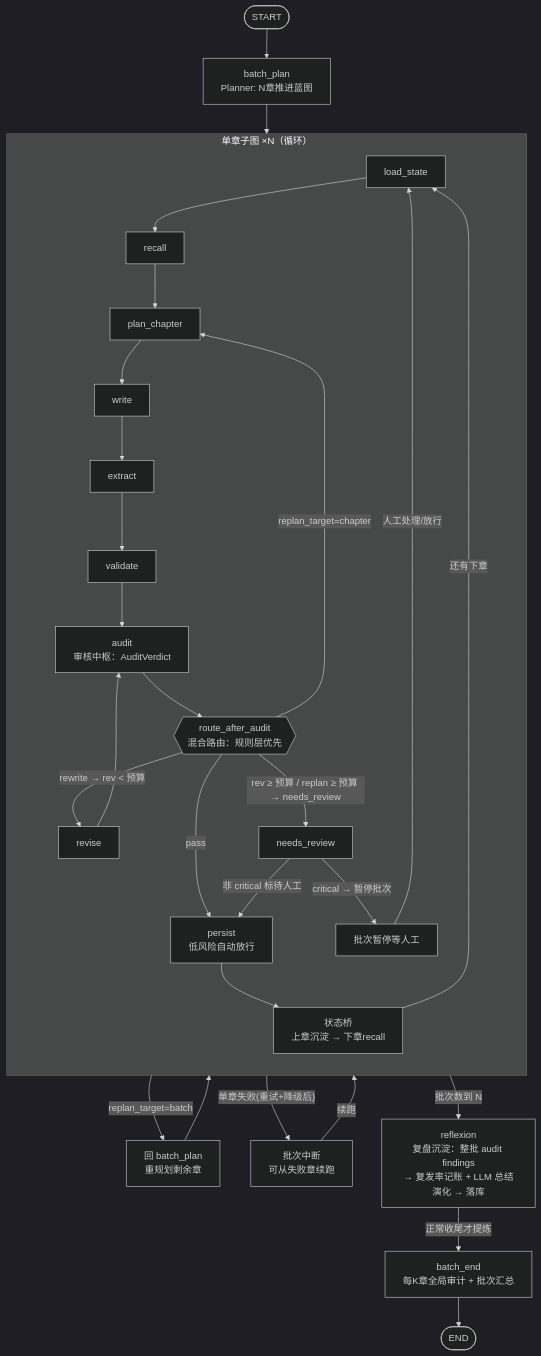
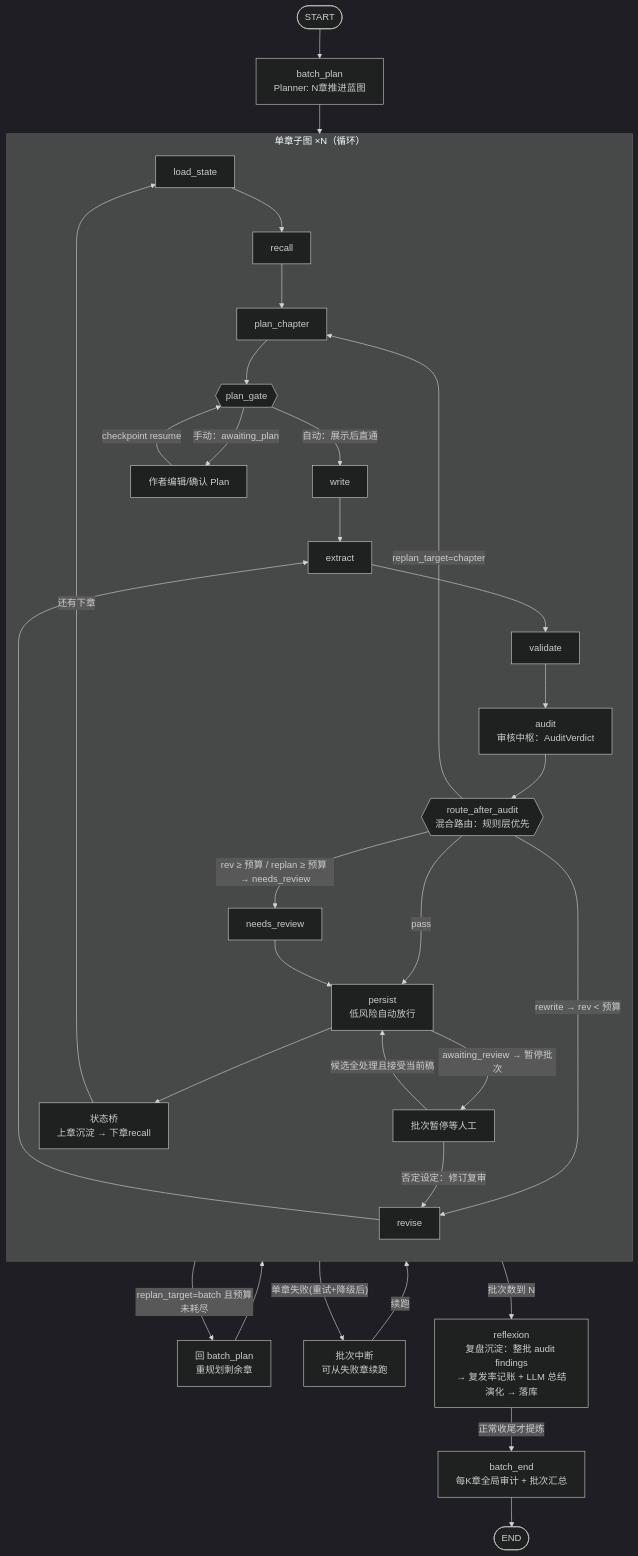
One commit to frostloom/Myink changed the diagram in spec/state-flow.mmd. Above: the diagram before and after it, drawn with Mermaid (dark theme). The commit also changed 151 other files, not shown here.

```diff
--- a/spec/state-flow.mmd
+++ b/spec/state-flow.mmd
@@ -1,31 +1,35 @@
 flowchart TD
     START([START]) --> BP[batch_plan<br/>Planner: N章推进蓝图]
     BP --> LS[load_state]
 
     subgraph CHAP["单章子图 ×N（循环）"]
         direction TB
         LS --> RC[recall]
         RC --> PC[plan_chapter]
-        PC --> W[write]
+        PC --> PG{{plan_gate}}
+        PG -- "自动：展示后直通" --> W[write]
+        PG -- "手动：awaiting_plan" --> HUMANPLAN[作者编辑/确认 Plan]
+        HUMANPLAN -- "checkpoint resume" --> PG
         W --> EX[extract]
         EX --> VA[validate]
         VA --> AU[audit<br/>审核中枢：AuditVerdict]
         AU --> RT{{route_after_audit<br/>混合路由：规则层优先}}
         RT -- "pass" --> PERSIST[persist<br/>低风险自动放行]
-        RT -- "rewrite → rev < 预算" --> RV[revise] --> AU
+        RT -- "rewrite → rev < 预算" --> RV[revise] --> EX
         RT -- "replan_target=chapter" --> PC
         RT -- "rev ≥ 预算 / replan ≥ 预算 → needs_review" --> NR[needs_review]
-        NR -- "非 critical 标待人工" --> PERSIST
-        NR -- "critical → 暂停批次" --> PAUSE[批次暂停等人工]
+        NR --> PERSIST
+        PERSIST -- "awaiting_review → 暂停批次" --> PAUSE[批次暂停等人工]
         PERSIST --> BRIDGE[状态桥<br/>上章沉淀 → 下章recall]
     end
 
     BRIDGE -- "还有下章" --> LS
-    PAUSE -- "人工处理/放行" --> LS
-    AU -- "replan_target=batch" --> REBP[回 batch_plan<br/>重规划剩余章]
+    PAUSE -- "否定设定：修订复审" --> RV
+    PAUSE -- "候选全处理且接受当前稿" --> PERSIST
+    RT -- "replan_target=batch 且预算未耗尽" --> REBP[回 batch_plan<br/>重规划剩余章]
     REBP --> LS
     BRIDGE -- "单章失败(重试+降级后)" --> FAIL[批次中断<br/>可从失败章续跑]
     FAIL -- "续跑" --> LS
     BRIDGE -- "批次数到 N" --> RF[reflexion<br/>复盘沉淀：整批 audit findings<br/>→ 复发率记账 + LLM 总结演化 → 落库]
     RF -- "正常收尾才提炼" --> BE[batch_end<br/>每K章全局审计 + 批次汇总]
     BE --> END([END])
```
